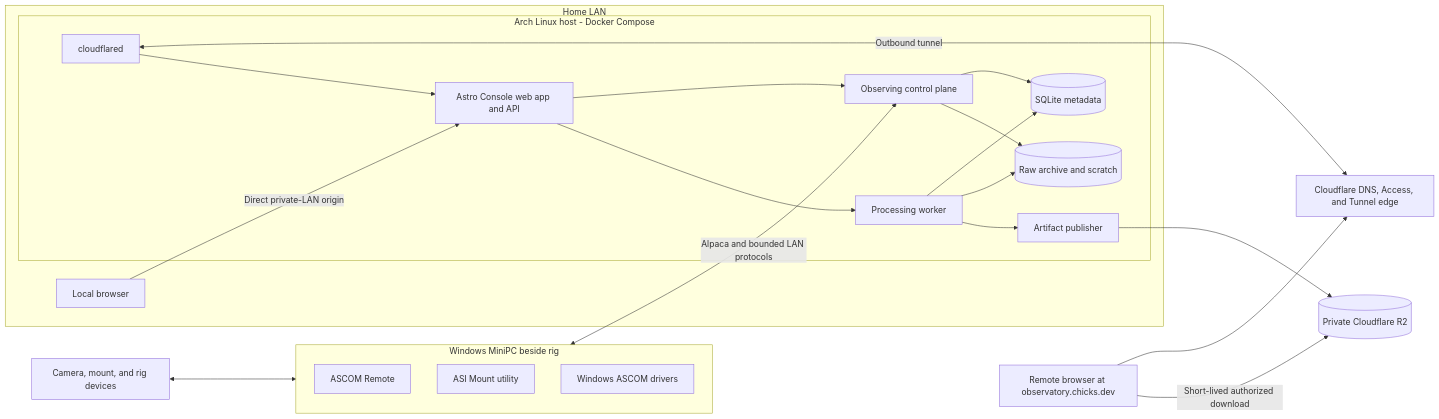
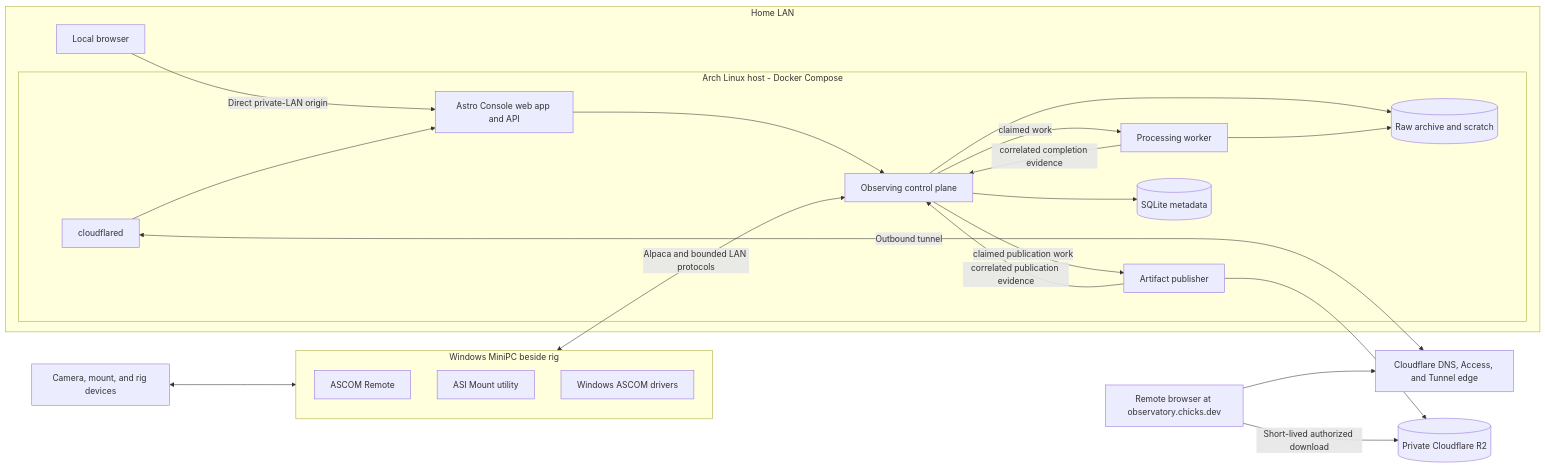
The diagram in docs/v2/infra/architecture.md (chrhicks/astro-console), drawn with Mermaid before and after one commit. The commit also changed other lines of this file and 49 other files, not shown here.

````diff
--- a/docs/v2/infra/architecture.md
+++ b/docs/v2/infra/architecture.md
@@ -5,44 +5,45 @@
 ```mermaid
 flowchart LR
     R[Camera, mount, and rig devices]
 
     subgraph M[Windows MiniPC beside rig]
         AR[ASCOM Remote]
         AU[ASI Mount utility]
         AD[Windows ASCOM drivers]
     end
 
     subgraph L[Home LAN]
         LB[Local browser]
 
         subgraph H[Arch Linux host - Docker Compose]
             O[Astro Console web app and API]
             C[Observing control plane]
             W[Processing worker]
             T[cloudflared]
             P[Artifact publisher]
             DB[(SQLite metadata)]
             FS[(Raw archive and scratch)]
         end
     end
 
     CF[Cloudflare DNS, Access, and Tunnel edge]
     R2[(Private Cloudflare R2)]
     RB[Remote browser at observatory.chicks.dev]
 
     R <--> M
     M <-->|Alpaca and bounded LAN protocols| C
     LB -->|Direct private-LAN origin| O
     O --> C
-    O --> W
+    C -->|claimed work| W
     C --> DB
     C --> FS
-    W --> DB
     W --> FS
-    W --> P
+    W -->|correlated completion evidence| C
+    C -->|claimed publication work| P
+    P -->|correlated publication evidence| C
     P --> R2
     T <-->|Outbound tunnel| CF
     T --> O
     RB --> CF
     RB -->|Short-lived authorized download| R2
 ```
````
